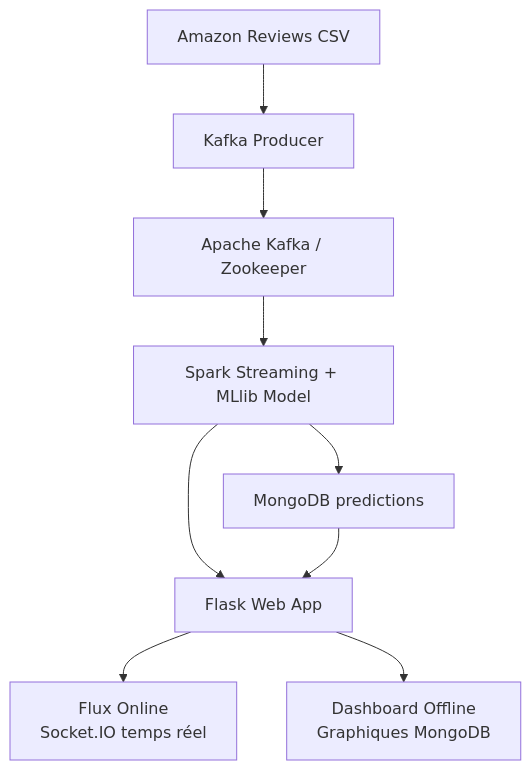
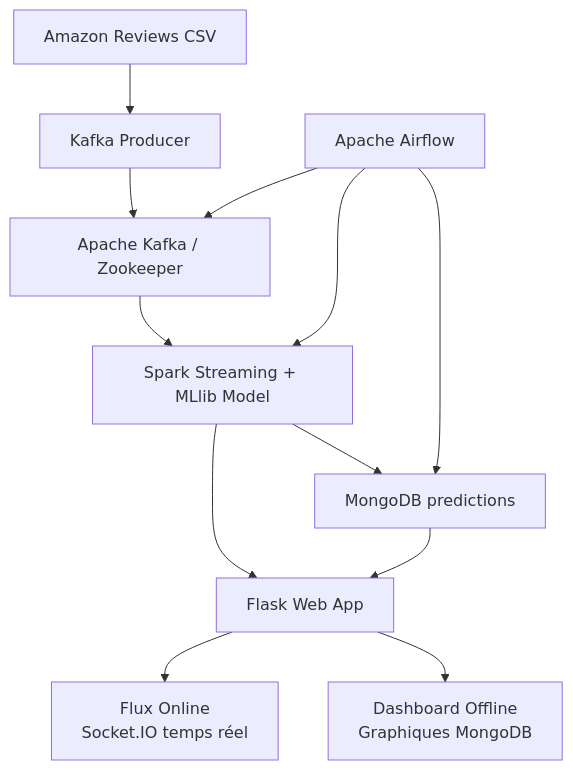
Before and after one commit to Taki-eddine-El-Attari/amazon-reviews-realtime: the first of 2 diagrams in README.md, drawn with Mermaid. The commit also changed other lines of this file and 5 other files, not shown here.

````diff
--- a/README.md
+++ b/README.md
@@ -32,12 +32,15 @@
 ```mermaid
 flowchart TD
 	A[Amazon Reviews CSV] --> B[Kafka Producer]
 	B --> C[Apache Kafka / Zookeeper]
 	C --> D[Spark Streaming + MLlib Model]
 	D --> E[MongoDB predictions]
 	D --> F[Flask Web App]
 	E --> F
+    I[Apache Airflow] --> C
+    I --> D
+    I --> E
 
 	F --> G[Flux Online<br/>Socket.IO temps réel]
 	F --> H[Dashboard Offline<br/>Graphiques MongoDB]
 ```
````
